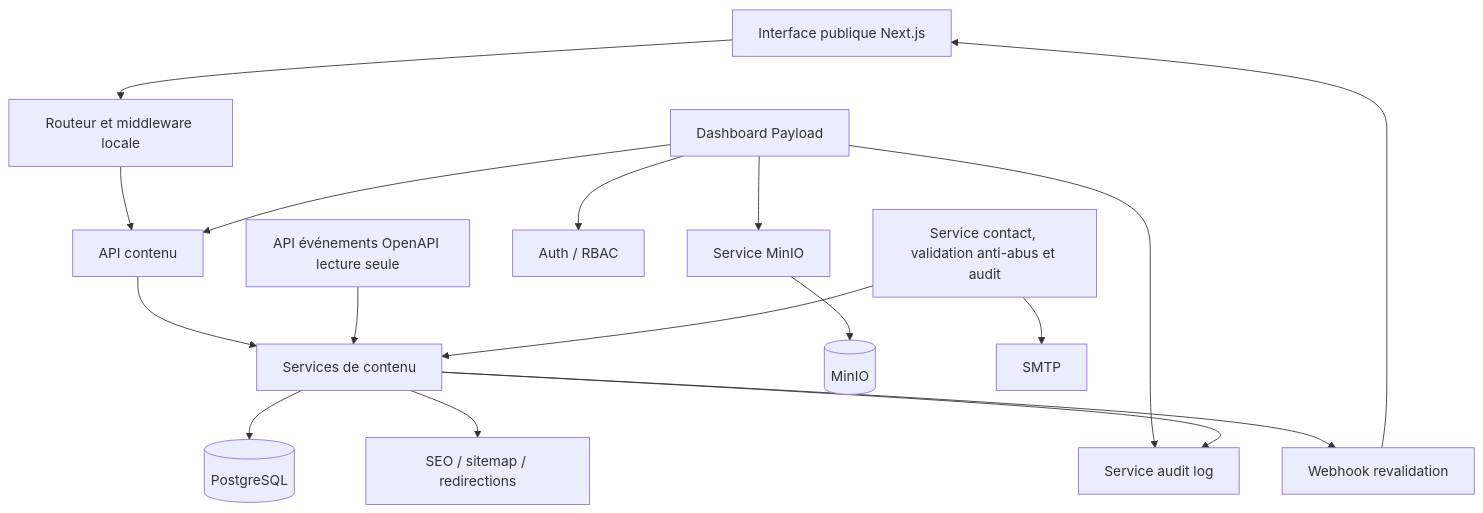
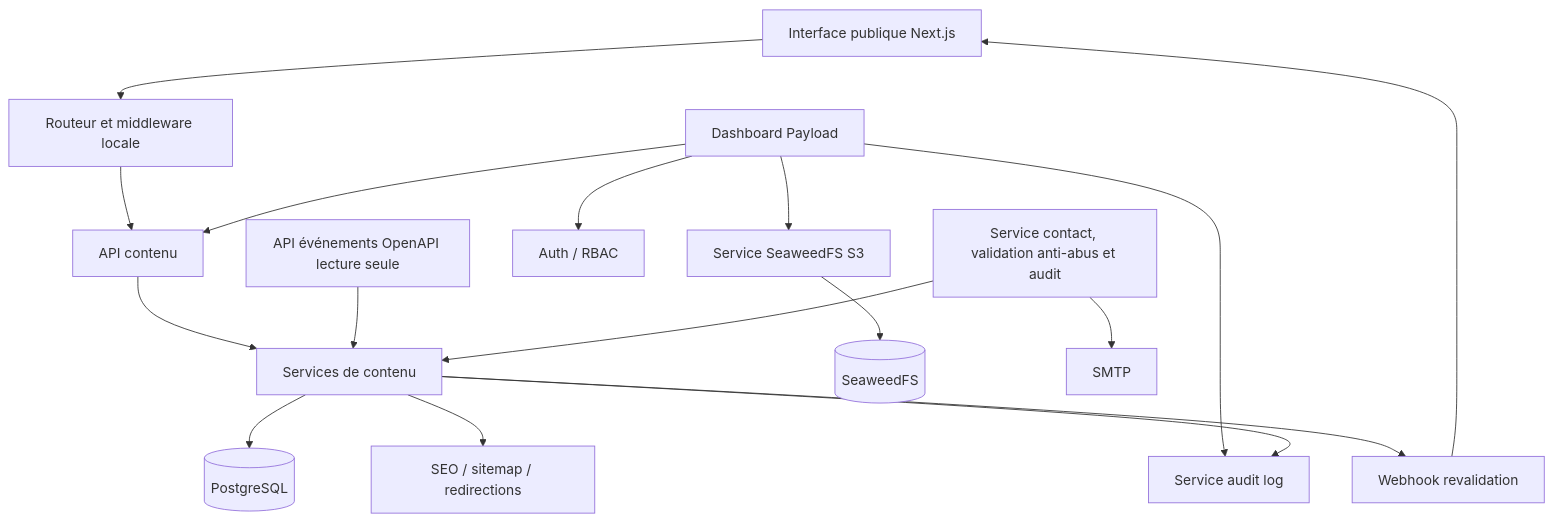
Before and after one commit to MannuPy/AfricaIngenierie: the fourth of 8 diagrams in docs/architecture-et-uml.md, drawn with Mermaid. The commit also changed other lines of this file and 35 other files, not shown here.

````diff
--- a/docs/architecture-et-uml.md
+++ b/docs/architecture-et-uml.md
@@ -109,34 +109,34 @@
 ```mermaid
 flowchart TB
   VisitorUI[Interface publique Next.js]
   AdminUI[Dashboard Payload]
   Router[Routeur et middleware locale]
   ContentAPI[API contenu]
   EventsAPI[API événements OpenAPI lecture seule]
   Auth[Auth / RBAC]
   ContentService[Services de contenu]
   SEO[SEO / sitemap / redirections]
-  Media[Service MinIO]
+  Media[Service SeaweedFS S3]
   Contact[Service contact, validation anti-abus et audit]
   Audit[Service audit log]
   Revalidate[Webhook revalidation]
   PG[(PostgreSQL)]
-  MinIO[(MinIO)]
+  SeaweedFS[(SeaweedFS)]
   SMTP[SMTP]
   VisitorUI --> Router
   AdminUI --> Auth
   Router --> ContentAPI
   ContentAPI --> ContentService
   EventsAPI --> ContentService
   ContentService --> PG
   ContentService --> SEO
   AdminUI --> ContentAPI
   AdminUI --> Media
-  Media --> MinIO
+  Media --> SeaweedFS
   AdminUI --> Audit
   ContentService --> Audit
   Contact --> ContentService
   Contact --> SMTP
   ContentService --> Revalidate
   Revalidate --> VisitorUI
 ```
````
